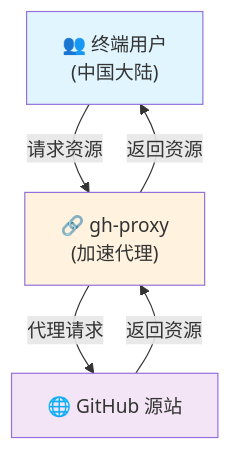
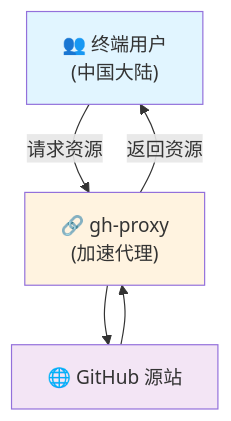
One commit to elton11220/decky-loader-cn changed the diagram in README.md. Above: the diagram before and after it, drawn with Mermaid.

Commit message:
docs: fix diagram flow for GHProxy and GitHub

````diff
--- a/README.md
+++ b/README.md
@@ -19,13 +19,13 @@
 ```mermaid
 graph TD
     Users["👥 终端用户<br/>(中国大陆)"]
     
     Users -->|请求资源| GHProxy["🔗 gh-proxy<br/>(加速代理)"]
-    GHProxy -->|代理请求| Github["🌐 GitHub 源站"]
-    Github -->|返回资源| GHProxy
+    GHProxy --> Github["🌐 GitHub 源站"]
+    Github --> GHProxy
     GHProxy -->|返回资源| Users
     
     style Users fill:#e1f5ff
     style GHProxy fill:#fff3e0
     style Github fill:#f3e5f5
 ```
````
